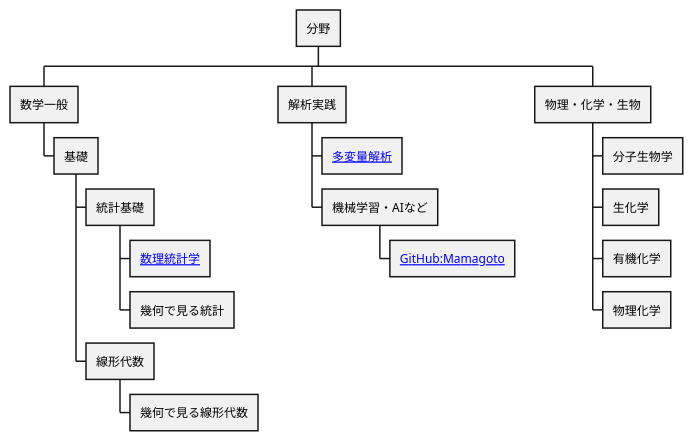
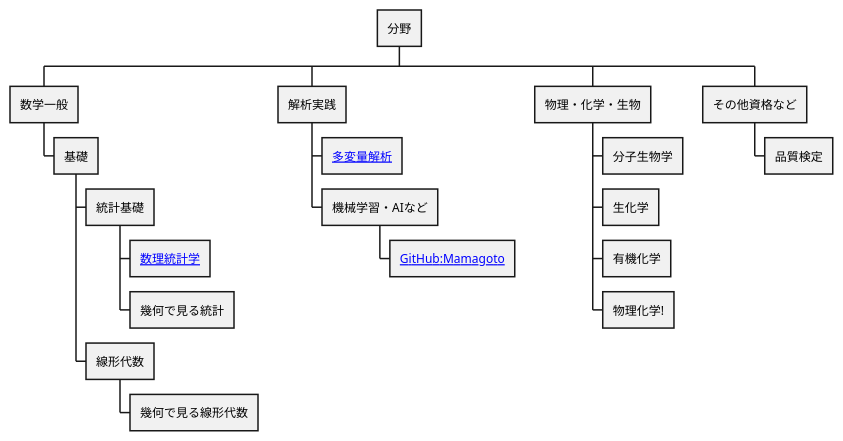
One commit to kaY-hR/MathNote changed the diagram in source/01_概要.md. Above: the diagram before and after it, drawn with PlantUML. The commit also changed 46 other files, not shown here.

````diff
--- a/source/01_概要.md
+++ b/source/01_概要.md
@@ -15,33 +15,35 @@
 ```plantuml
 @startwbs
 * 分野
 ** 数学一般
 *** 基礎
 **** 統計基礎
 ***** [[index.html?tab=02_数理統計学 数理統計学]]
 ***** 幾何で見る統計
 **** 線形代数
 ***** 幾何で見る線形代数
 ' **** 微分積分
 ' **** 集合と位相
 ' *** 解析
 ' **** ベクトル解析
 ' **** 解析学基礎
 ' **** 複素解析
 ' **** フーリエ解析
 ' *** ルベーグ積分
 ' *** 計算数理
 ' *** 偏微分方程式論
 ' *** 関数解析学
 ' *** スペクトル論
 ** 解析実践
 *** [[index.html?tab=10_多変量解析 多変量解析]]
 *** 機械学習・AIなど
 **** [[https://github.com/kaY-hR/Mamagoto GitHub:Mamagoto]]
 ** 物理・化学・生物
 *** 分子生物学
 *** 生化学
 *** 有機化学
-*** 物理化学
+*** 物理化学!
+** その他資格など
+*** 品質検定
 @endwbs
 ```
````
